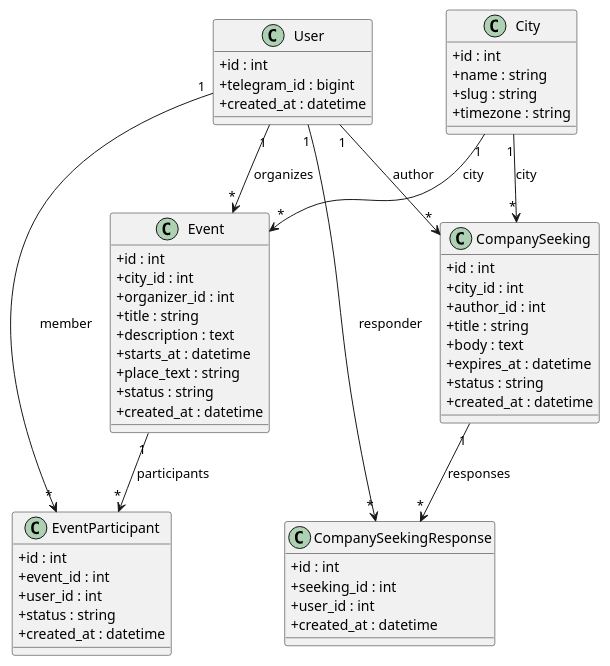
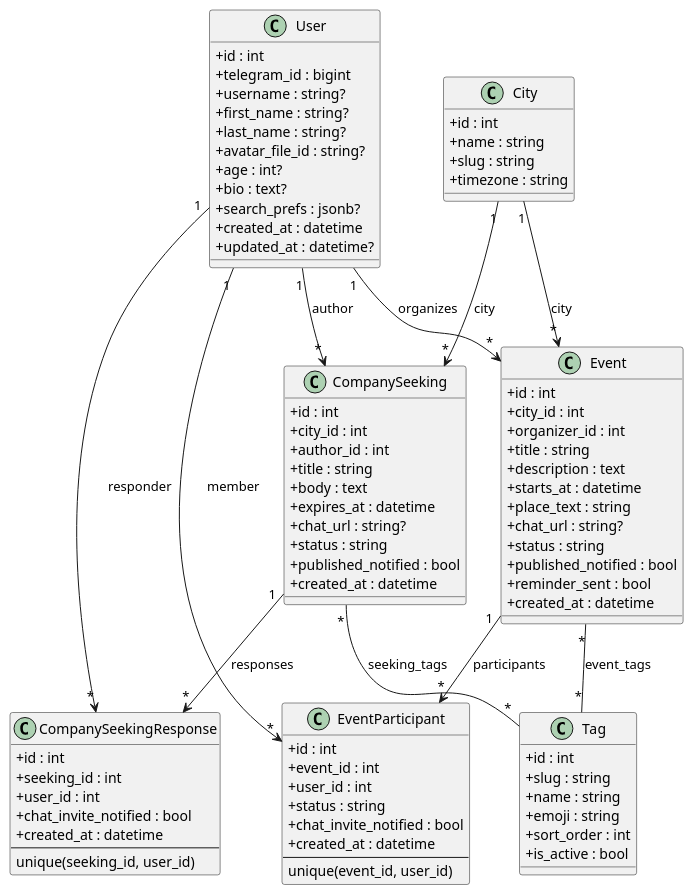
The diagram in docs/architecture/domain-model.puml (dtuminov/go-so-mnoy), drawn with PlantUML before and after one commit. The commit also changed 1 other file, not shown here.

Commit message:
docs(architecture): refresh domain model with profile, tags, chat links
Sync the class diagram with what migrations 003-006 actually shipped:

- User: username/first_name/last_name, profile fields (avatar, age,
  bio), updated_at, search_prefs JSONB.
- Event / CompanySeeking: chat_url, published_notified,
  reminder_sent (events only).
- EventParticipant / CompanySeekingResponse: chat_invite_notified.
- Tag entity and the event_tags / seeking_tags many-to-many links.

Also document the unique constraints, status enums, notify flags
semantics, search_prefs payload shape, and the fixed tag dictionary.
The intro line about "no chat inside events in MVP" no longer holds —
chat is modelled as the manual chat_url link.

Both Mermaid and PlantUML versions updated; .puml stays paste-ready
for planttext.com.

```diff
--- a/docs/architecture/domain-model.puml
+++ b/docs/architecture/domain-model.puml
@@ -1,65 +1,98 @@
 @startuml domain-go-so-mnoy
 skinparam classAttributeIconSize 0
 top to bottom direction
 
 class City {
   +id : int
   +name : string
   +slug : string
   +timezone : string
 }
 
 class User {
   +id : int
   +telegram_id : bigint
+  +username : string?
+  +first_name : string?
+  +last_name : string?
+  +avatar_file_id : string?
+  +age : int?
+  +bio : text?
+  +search_prefs : jsonb?
   +created_at : datetime
+  +updated_at : datetime?
 }
 
 class Event {
   +id : int
   +city_id : int
   +organizer_id : int
   +title : string
   +description : text
   +starts_at : datetime
   +place_text : string
+  +chat_url : string?
   +status : string
+  +published_notified : bool
+  +reminder_sent : bool
   +created_at : datetime
 }
 
 class EventParticipant {
   +id : int
   +event_id : int
   +user_id : int
   +status : string
+  +chat_invite_notified : bool
   +created_at : datetime
+  --
+  unique(event_id, user_id)
 }
 
 class CompanySeeking {
   +id : int
   +city_id : int
   +author_id : int
   +title : string
   +body : text
   +expires_at : datetime
+  +chat_url : string?
   +status : string
+  +published_notified : bool
   +created_at : datetime
 }
 
 class CompanySeekingResponse {
   +id : int
   +seeking_id : int
   +user_id : int
+  +chat_invite_notified : bool
   +created_at : datetime
+  --
+  unique(seeking_id, user_id)
+}
+
+class Tag {
+  +id : int
+  +slug : string
+  +name : string
+  +emoji : string
+  +sort_order : int
+  +is_active : bool
 }
 
 City "1" --> "*" Event : city
 City "1" --> "*" CompanySeeking : city
+
 User "1" --> "*" Event : organizes
 User "1" --> "*" EventParticipant : member
 User "1" --> "*" CompanySeeking : author
 User "1" --> "*" CompanySeekingResponse : responder
+
 Event "1" --> "*" EventParticipant : participants
 CompanySeeking "1" --> "*" CompanySeekingResponse : responses
 
+Event "*" -- "*" Tag : event_tags
+CompanySeeking "*" -- "*" Tag : seeking_tags
+
 @enduml
```
